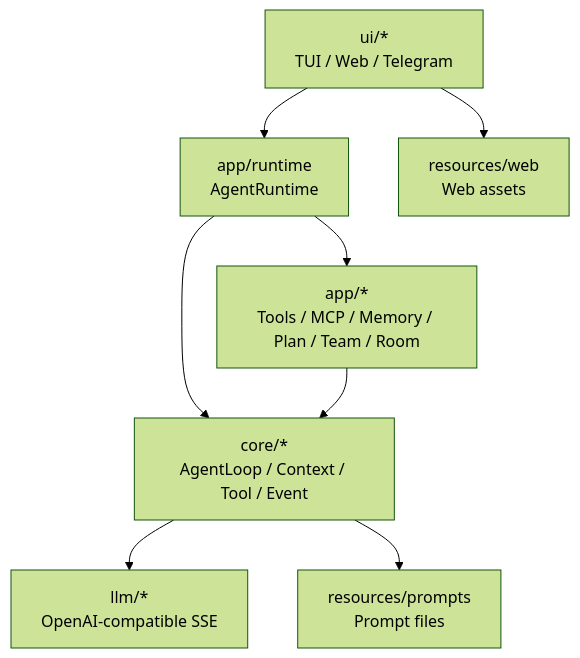
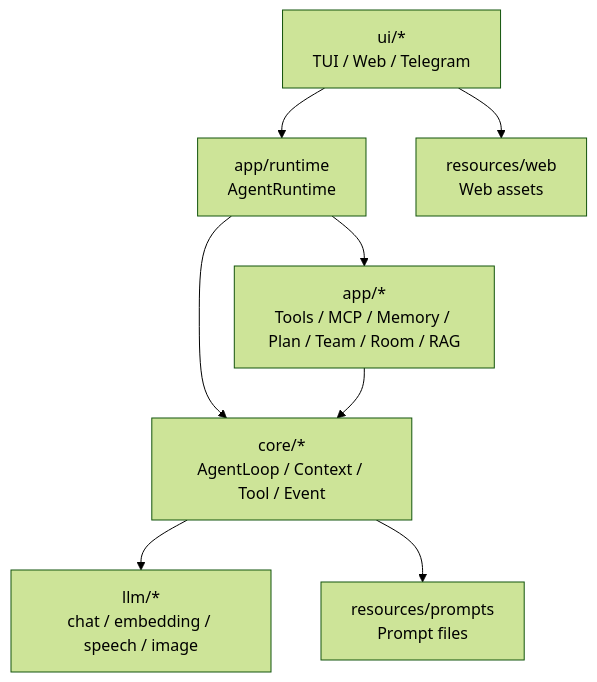
Before and after one commit to yangzhb-cn/aster: the diagram in docs/ai-readme/generated/project-structure.md, drawn with Mermaid (forest theme). The commit also changed other lines of this file and 72 other files, not shown here.

Commit message:
1. llm适配语音模型、图片模型、embedding模型；适配ollama 2. rag第一版

````diff
--- a/docs/ai-readme/generated/project-structure.md
+++ b/docs/ai-readme/generated/project-structure.md
@@ -62,10 +63,10 @@
 ```mermaid
 flowchart TD
     UI["ui/*\nTUI / Web / Telegram"] --> Runtime["app/runtime\nAgentRuntime"]
-    Runtime --> App["app/*\nTools / MCP / Memory / Plan / Team / Room"]
+    Runtime --> App["app/*\nTools / MCP / Memory / Plan / Team / Room / RAG"]
     Runtime --> Core["core/*\nAgentLoop / Context / Tool / Event"]
     App --> Core
-    Core --> LLM["llm/*\nOpenAI-compatible SSE"]
+    Core --> LLM["llm/*\nchat / embedding / speech / image"]
     Core --> Resources["resources/prompts\nPrompt files"]
     UI --> ResourcesWeb["resources/web\nWeb assets"]
 ```
````
